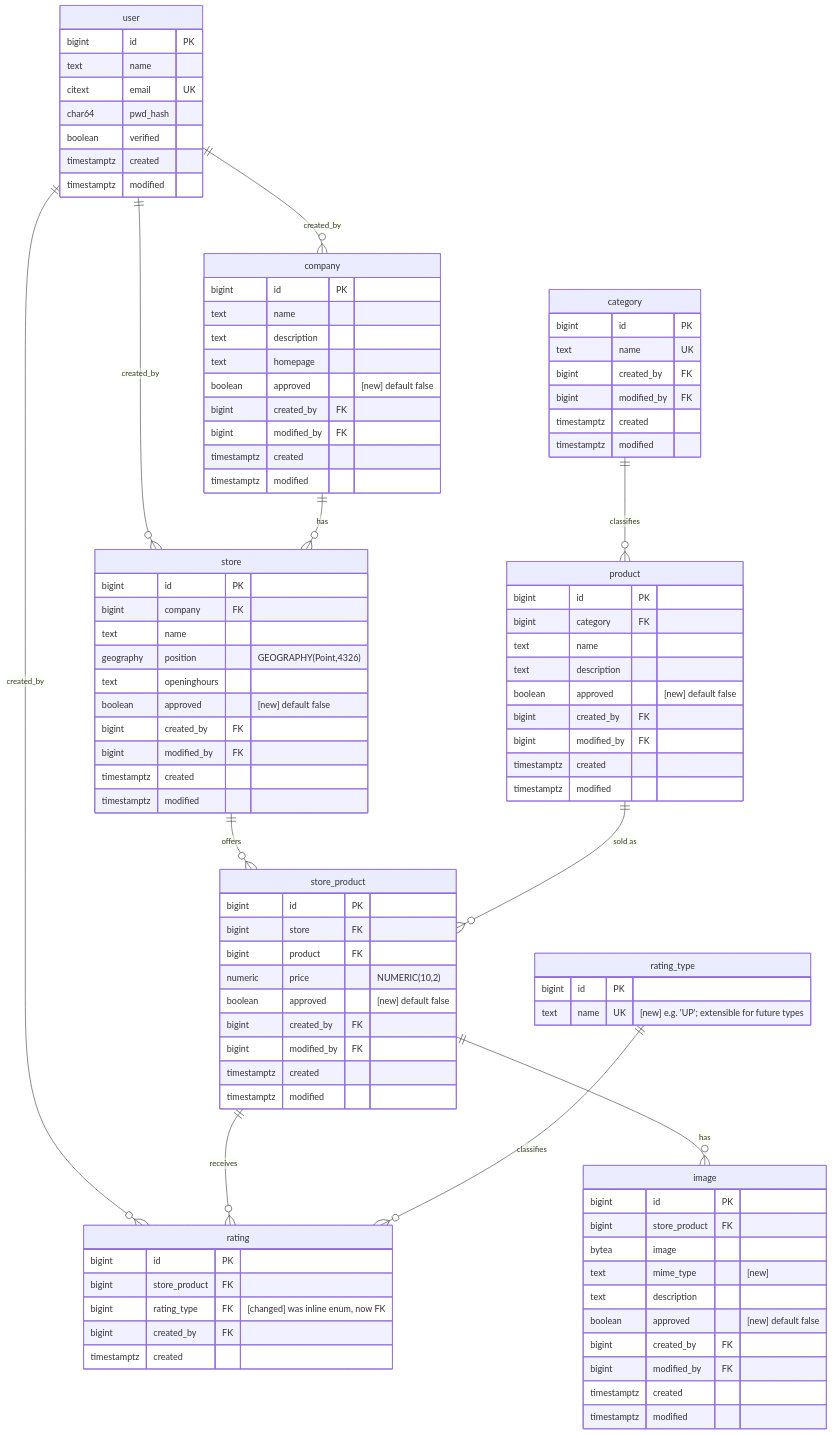
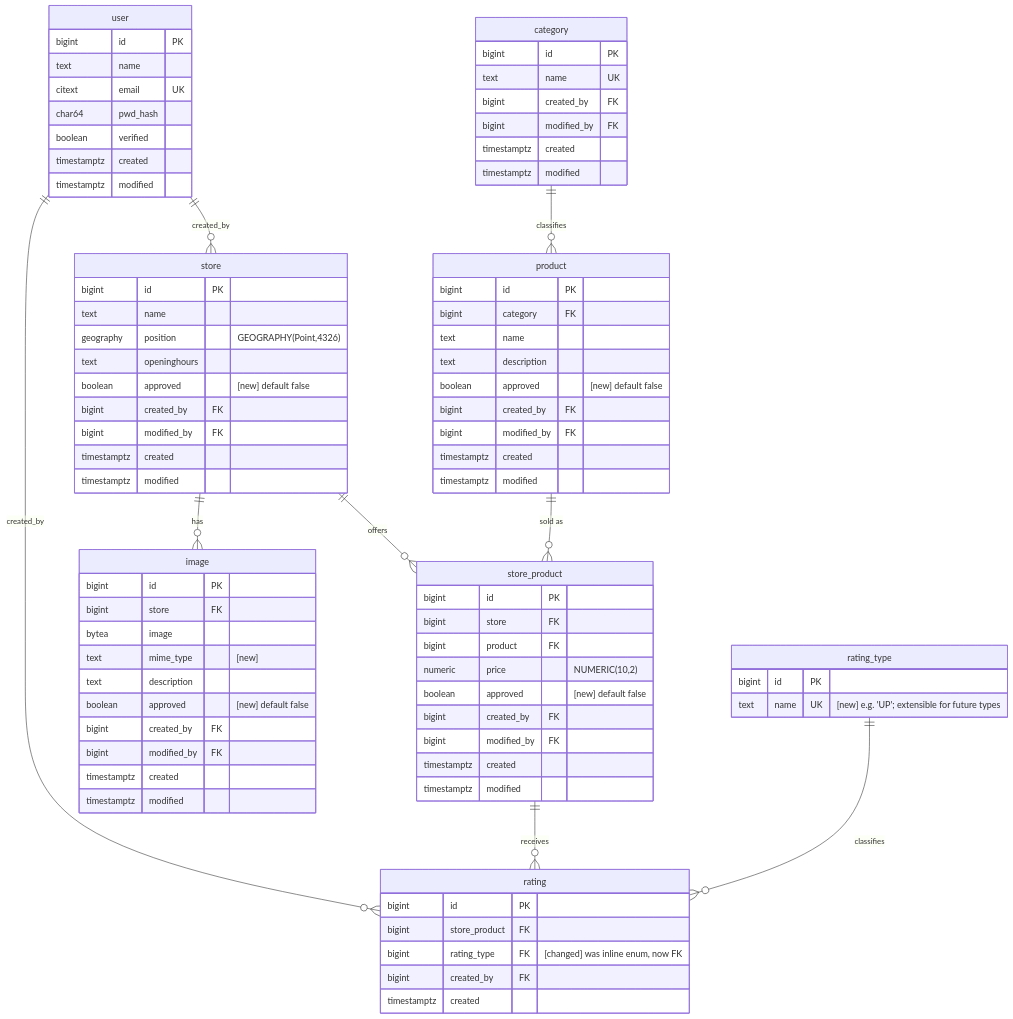
One commit to whati001/bauernkarte changed the second of 3 diagrams in design.md. Above: the diagram before and after it, drawn with Mermaid. The commit also changed other lines of this file and 63 other files, not shown here.

First line of the commit message:
refactor: remove company layer and make images per-store

````diff
--- a/design.md
+++ b/design.md
@@ -99,14 +98,12 @@
 ```mermaid
 erDiagram
-    "user" ||--o{ company : created_by
     "user" ||--o{ store : created_by
     "user" ||--o{ rating : created_by
-    company ||--o{ store : has
     store ||--o{ store_product : offers
     product ||--o{ store_product : "sold as"
     category ||--o{ product : classifies
     store_product ||--o{ rating : receives
-    store_product ||--o{ image : has
+    store ||--o{ image : has
     rating_type ||--o{ rating : classifies
 
     "user" {
@@ -118,20 +115,8 @@
         timestamptz created
         timestamptz modified
     }
-    company {
-        bigint id PK
-        text name
-        text description
-        text homepage
-        boolean approved "[new] default false"
-        bigint created_by FK
-        bigint modified_by FK
-        timestamptz created
-        timestamptz modified
-    }
     store {
         bigint id PK
-        bigint company FK
         text name
         geography position "GEOGRAPHY(Point,4326)"
         text openinghours
@@ -184,7 +169,7 @@
     }
     image {
         bigint id PK
-        bigint store_product FK
+        bigint store FK
         bytea image
         text mime_type "[new]"
         text description
````
